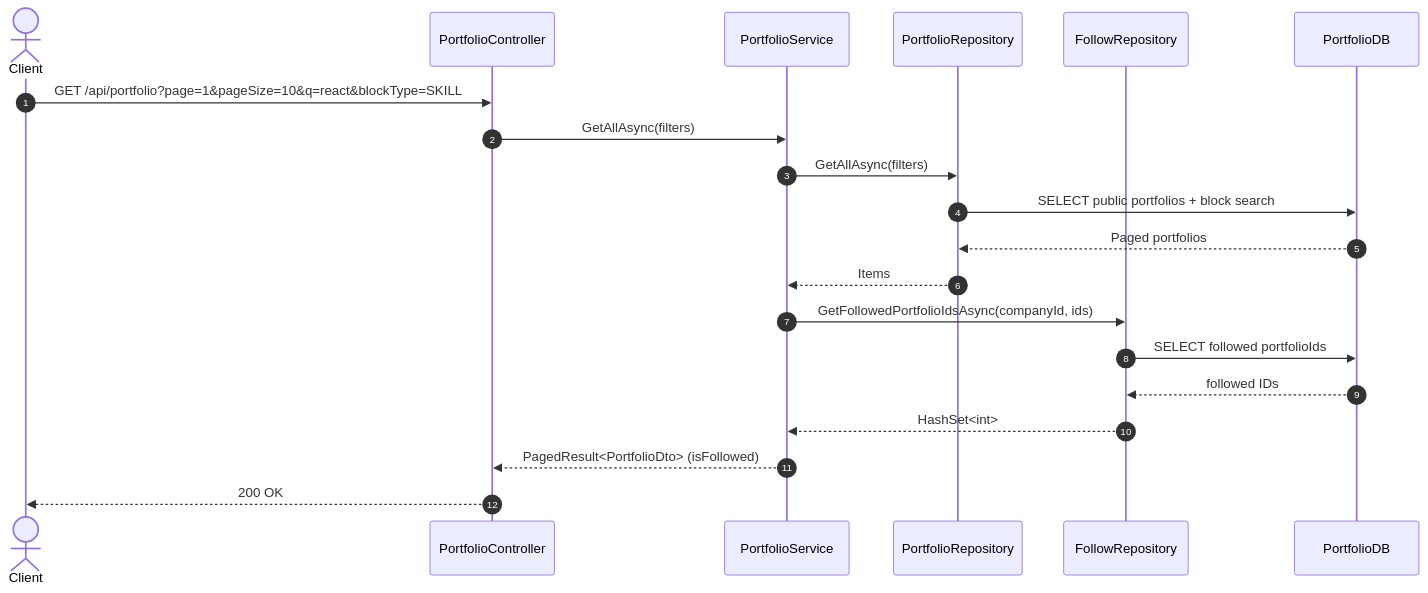
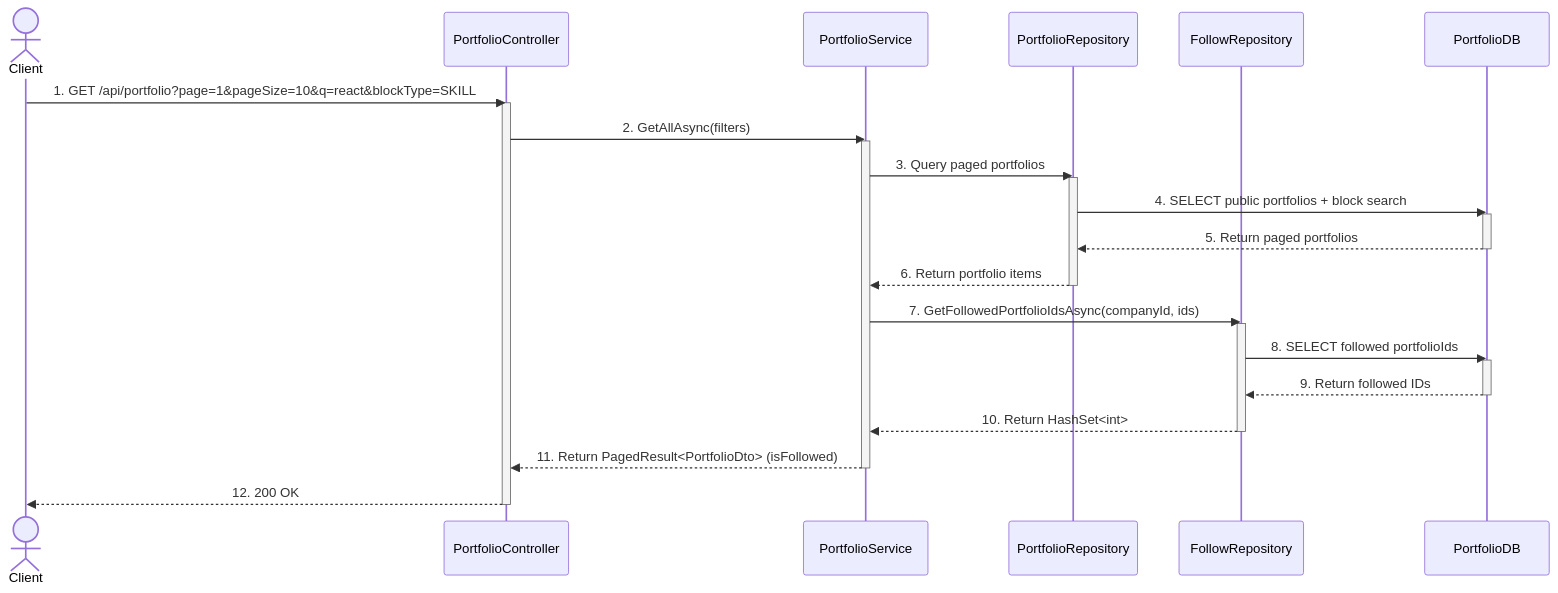
The diagram in sequence_dia/portfolio_service_sequence_diagram.md (SEP490-CapstoneProject/SEP490_BE), drawn with Mermaid before and after one commit. The commit also changed 14 other files, not shown here.

Commit message:
feat: Add sequence diagrams for various services and re-enable subscription quota check in ApplicationService

````diff
--- a/sequence_dia/portfolio_service_sequence_diagram.md
+++ b/sequence_dia/portfolio_service_sequence_diagram.md
@@ -1,23 +1,34 @@
 ```mermaid
 sequenceDiagram
-    autonumber
     actor Client
     participant PortfolioController
     participant PortfolioService
     participant PortfolioRepository
     participant FollowRepository
     participant PortfolioDB
 
-    Client->>PortfolioController: GET /api/portfolio?page=1&pageSize=10&q=react&blockType=SKILL
-    PortfolioController->>PortfolioService: GetAllAsync(filters)
-    PortfolioService->>PortfolioRepository: GetAllAsync(filters)
-    PortfolioRepository->>PortfolioDB: SELECT public portfolios + block search
-    PortfolioDB-->>PortfolioRepository: Paged portfolios
-    PortfolioRepository-->>PortfolioService: Items
-    PortfolioService->>FollowRepository: GetFollowedPortfolioIdsAsync(companyId, ids)
-    FollowRepository->>PortfolioDB: SELECT followed portfolioIds
-    PortfolioDB-->>FollowRepository: followed IDs
-    FollowRepository-->>PortfolioService: HashSet<int>
-    PortfolioService-->>PortfolioController: PagedResult<PortfolioDto> (isFollowed)
-    PortfolioController-->>Client: 200 OK
+    Client->>PortfolioController: 1. GET /api/portfolio?page=1&pageSize=10&q=react&blockType=SKILL
+    activate PortfolioController
+    PortfolioController->>PortfolioService: 2. GetAllAsync(filters)
+    activate PortfolioService
+    PortfolioService->>PortfolioRepository: 3. Query paged portfolios
+    activate PortfolioRepository
+    PortfolioRepository->>PortfolioDB: 4. SELECT public portfolios + block search
+    activate PortfolioDB
+    PortfolioDB-->>PortfolioRepository: 5. Return paged portfolios
+    deactivate PortfolioDB
+    PortfolioRepository-->>PortfolioService: 6. Return portfolio items
+    deactivate PortfolioRepository
+    PortfolioService->>FollowRepository: 7. GetFollowedPortfolioIdsAsync(companyId, ids)
+    activate FollowRepository
+    FollowRepository->>PortfolioDB: 8. SELECT followed portfolioIds
+    activate PortfolioDB
+    PortfolioDB-->>FollowRepository: 9. Return followed IDs
+    deactivate PortfolioDB
+    FollowRepository-->>PortfolioService: 10. Return HashSet<int>
+    deactivate FollowRepository
+    PortfolioService-->>PortfolioController: 11. Return PagedResult<PortfolioDto> (isFollowed)
+    deactivate PortfolioService
+    PortfolioController-->>Client: 12. 200 OK
+    deactivate PortfolioController
 ```
````
